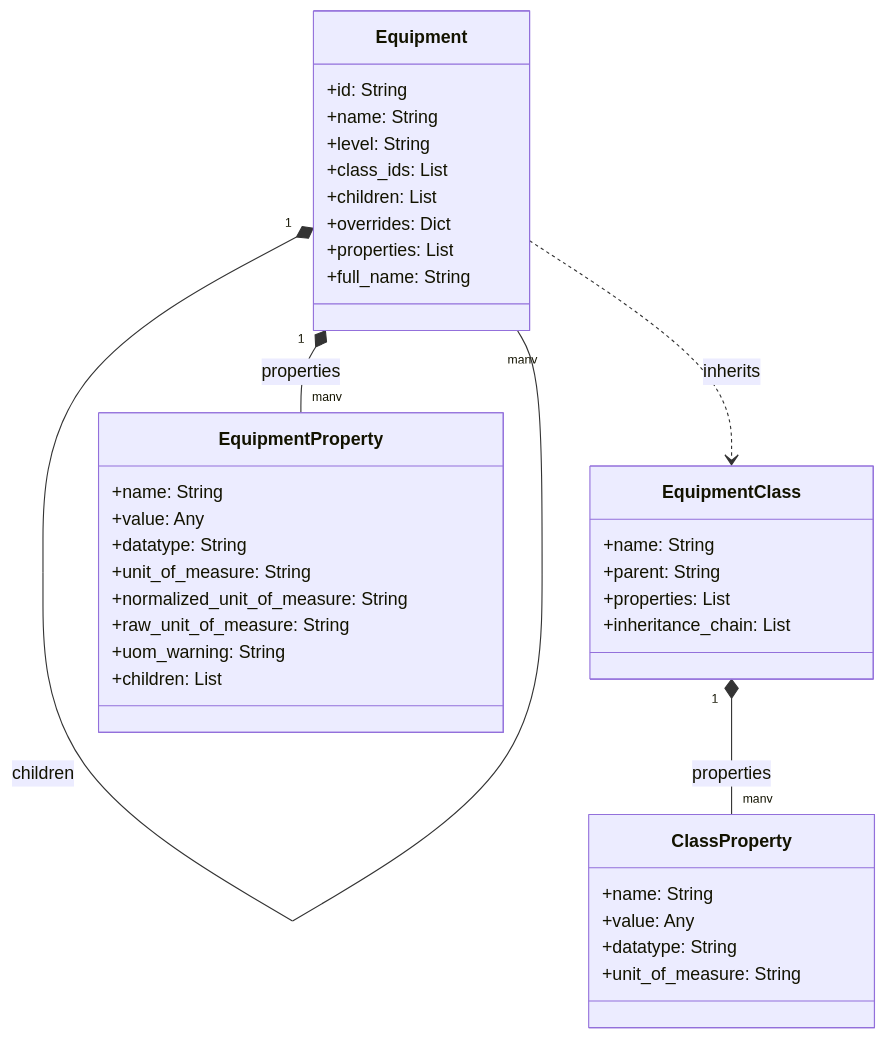
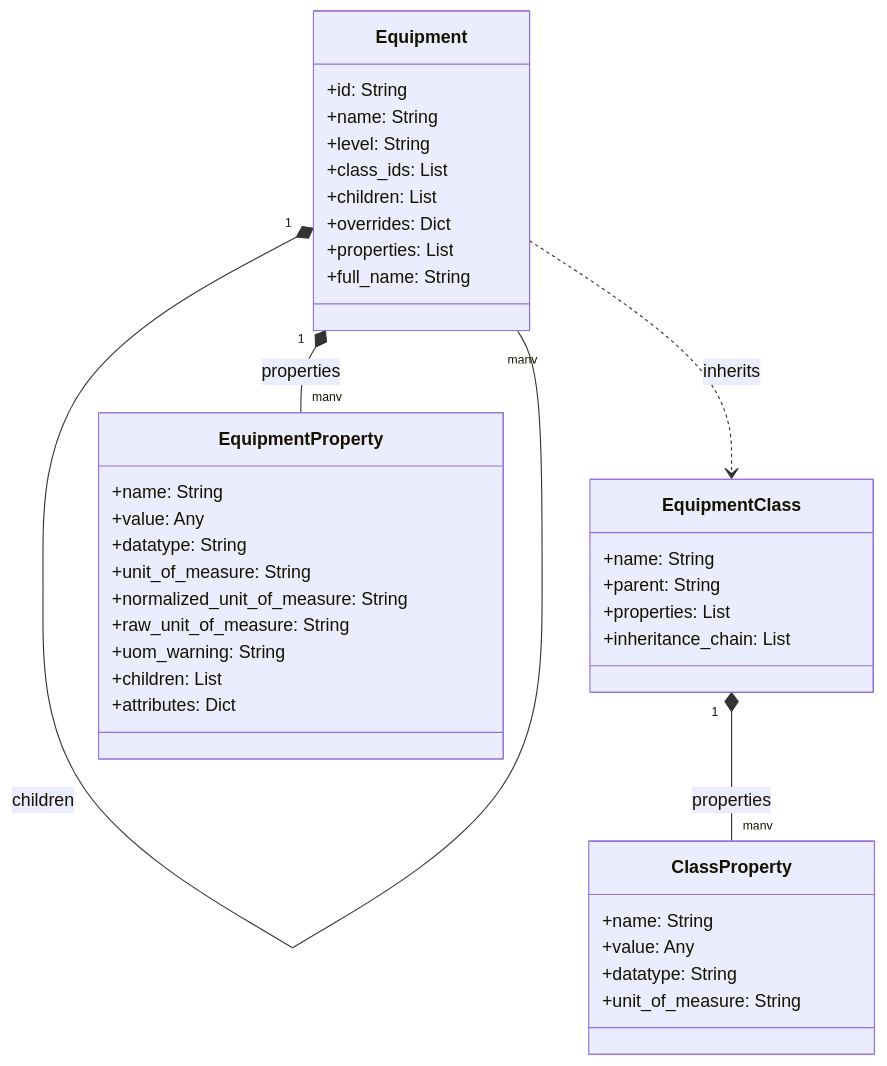
One commit to JaskRendix/amplab2mml-v0600 changed the first of 2 diagrams in README.md. Above: the diagram before and after it, drawn with Mermaid.

````diff
--- a/README.md
+++ b/README.md
@@ -78,43 +78,44 @@
 ```mermaid
 classDiagram
     class Equipment {
         +id: String
         +name: String
         +level: String
         +class_ids: List
         +children: List
         +overrides: Dict
         +properties: List
         +full_name: String
     }
 
     class EquipmentClass {
         +name: String
         +parent: String
         +properties: List
         +inheritance_chain: List
     }
 
     class ClassProperty {
         +name: String
         +value: Any
         +datatype: String
         +unit_of_measure: String
     }
 
     class EquipmentProperty {
         +name: String
         +value: Any
         +datatype: String
         +unit_of_measure: String
         +normalized_unit_of_measure: String
         +raw_unit_of_measure: String
         +uom_warning: String
         +children: List
+        +attributes: Dict
     }
 
     Equipment "1" *-- "many" Equipment : children
     Equipment "1" *-- "many" EquipmentProperty : properties
     EquipmentClass "1" *-- "many" ClassProperty : properties
     Equipment ..> EquipmentClass : inherits
 ```
````
